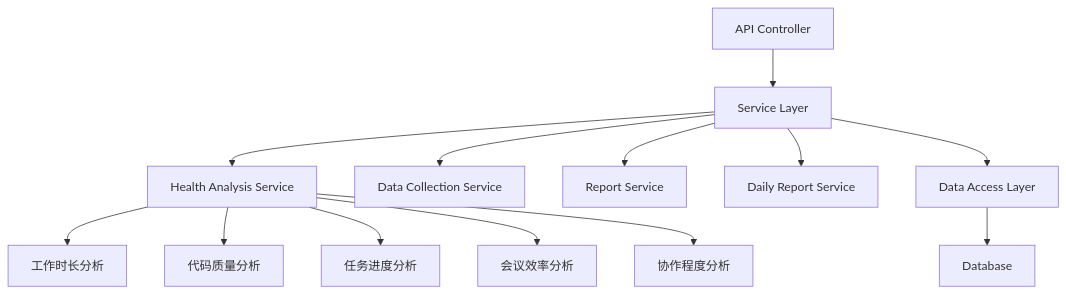
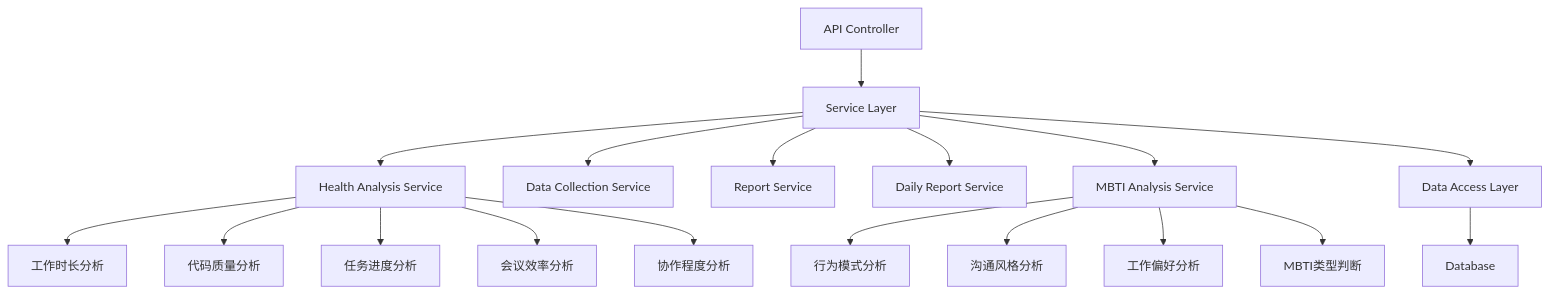
The second of 3 diagrams in .trae/documents/TechnicalArchitecture.md (VoltAgent/awesome-design-md), drawn with Mermaid before and after one commit. The commit also changed other lines of this file and 6 other files, not shown here.

````diff
--- a/.trae/documents/TechnicalArchitecture.md
+++ b/.trae/documents/TechnicalArchitecture.md
@@ -119,15 +131,20 @@
 ```mermaid
 flowchart TD
     A[API Controller] --> B[Service Layer]
     B --> C[Health Analysis Service]
     B --> D[Data Collection Service]
     B --> E[Report Service]
     B --> F[Daily Report Service]
-    B --> G[Data Access Layer]
-    C --> H[工作时长分析]
-    C --> I[代码质量分析]
-    C --> J[任务进度分析]
-    C --> K[会议效率分析]
-    C --> L[协作程度分析]
-    G --> M[Database]
+    B --> G[MBTI Analysis Service]
+    B --> H[Data Access Layer]
+    C --> I[工作时长分析]
+    C --> J[代码质量分析]
+    C --> K[任务进度分析]
+    C --> L[会议效率分析]
+    C --> M[协作程度分析]
+    G --> N[行为模式分析]
+    G --> O[沟通风格分析]
+    G --> P[工作偏好分析]
+    G --> Q[MBTI类型判断]
+    H --> R[Database]
 ```
````
